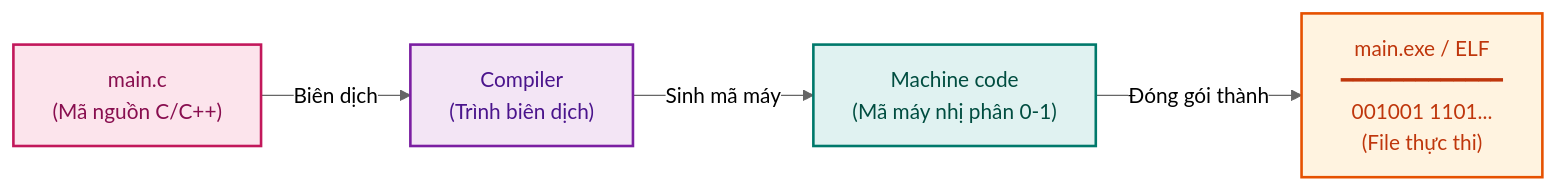
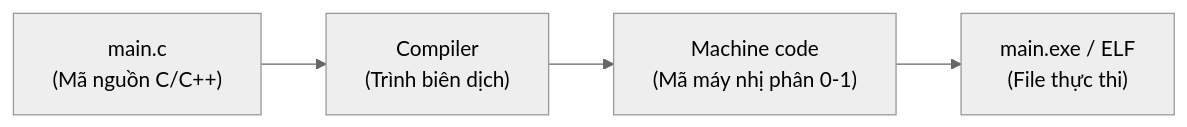
Before and after one commit to Duc-Lee/LLMserving_GPUoptimization: the first of 4 diagrams in OperatingSystem/OS_scratch/Concepts_OS/Intro_OS/Lession2.md, drawn with Mermaid (neutral theme). The commit also changed other lines of this file and 2 other files, not shown here.

````diff
--- a/OperatingSystem/OS_scratch/Concepts_OS/Intro_OS/Lession2.md
+++ b/OperatingSystem/OS_scratch/Concepts_OS/Intro_OS/Lession2.md
@@ -5,16 +5,6 @@
 ```mermaid
 flowchart LR
-    classDef codeStyle fill:#fce4ec,stroke:#c2185b,stroke-width:2px,color:#880e4f;
-    classDef toolStyle fill:#f3e5f5,stroke:#7b1fa2,stroke-width:2px,color:#4a148c;
-    classDef binStyle fill:#e0f2f1,stroke:#00796b,stroke-width:2px,color:#004d40;
-    classDef exeStyle fill:#fff3e0,stroke:#e65100,stroke-width:2px,color:#bf360c;
-
-    SRC["main.c<br/>(Mã nguồn C/C++)"]:::codeStyle
-    COMP["Compiler<br/>(Trình biên dịch)"]:::toolStyle
-    MC["Machine code<br/>(Mã máy nhị phân 0-1)"]:::binStyle
-    EXE["main.exe / ELF<br/>━━━━━━━━━━━━━<br/>001001 1101...<br/>(File thực thi)"]:::exeStyle
-
-    SRC -->|"Biên dịch"| COMP
-    COMP -->|"Sinh mã máy"| MC
-    MC -->|"Đóng gói thành"| EXE
+    SRC["main.c<br/>(Mã nguồn C/C++)"] --> COMP["Compiler<br/>(Trình biên dịch)"]
+    COMP --> MC["Machine code<br/>(Mã máy nhị phân 0-1)"]
+    MC --> EXE["main.exe / ELF<br/>(File thực thi)"]
 ```
````
